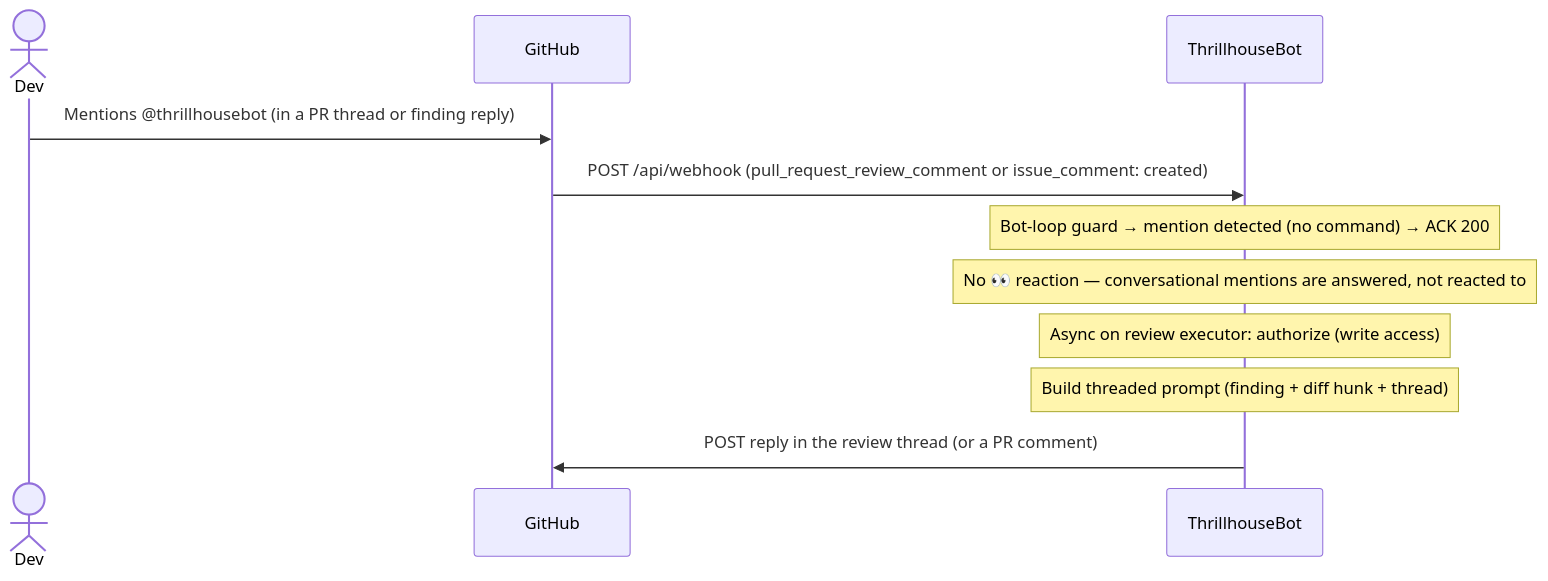
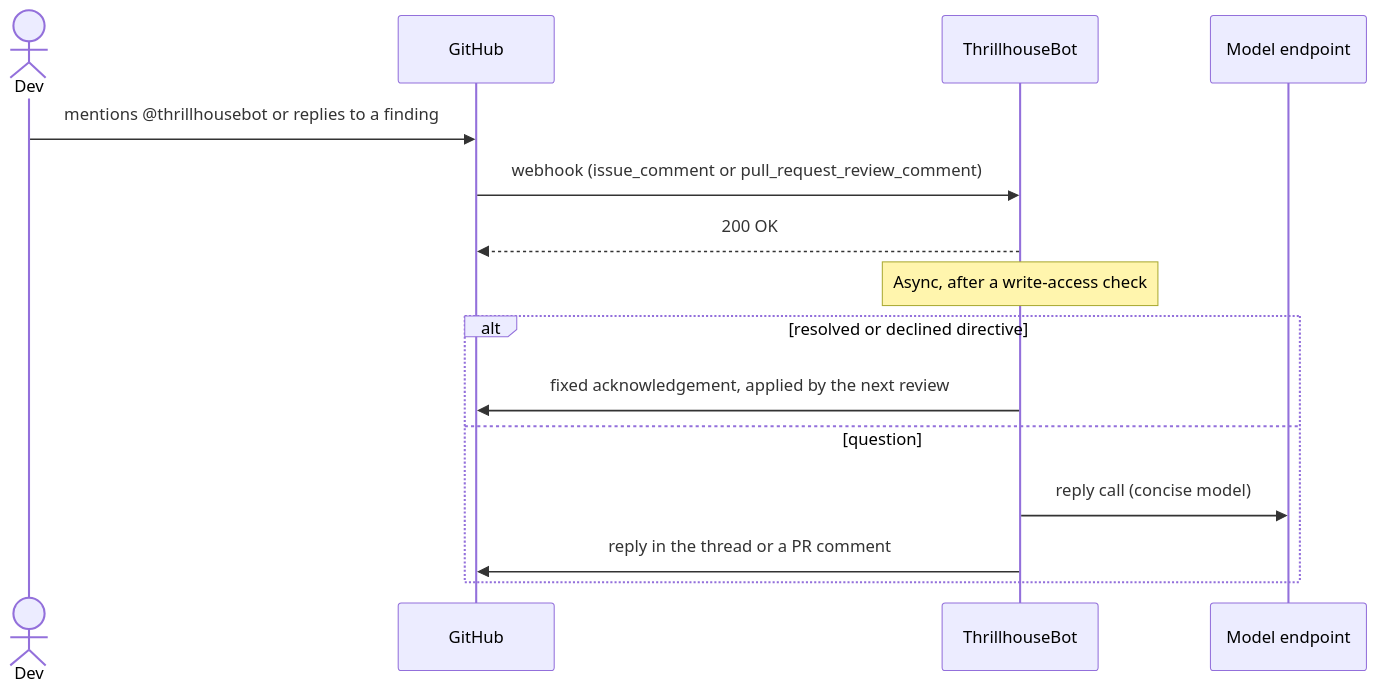
One commit to devops-thiago/ThrillhouseBot changed the fourth of 4 diagrams in docs/ARCHITECTURE.md. Above: the diagram before and after it, drawn with Mermaid. The commit also changed other lines of this file and 1 other file, not shown here.

First line of the commit message:
docs: update the architecture overview and AGENTS.md for 0.7.0 (#990)

````diff
--- a/docs/ARCHITECTURE.md
+++ b/docs/ARCHITECTURE.md
@@ -190,15 +489,18 @@
 ```mermaid
 sequenceDiagram
     actor Dev
     participant GH as GitHub
     participant TB as ThrillhouseBot
+    participant AI as Model endpoint
 
-    Dev->>GH: Mentions @thrillhousebot (in a PR thread or finding reply)
-    GH->>TB: POST /api/webhook (pull_request_review_comment or issue_comment: created)
-
-    Note over TB: Bot-loop guard → mention detected (no command) → ACK 200
-    Note over TB: No 👀 reaction — conversational mentions are answered, not reacted to
-    Note over TB: Async on review executor: authorize (write access)
-    Note over TB: Build threaded prompt (finding + diff hunk + thread)
-    TB->>GH: POST reply in the review thread (or a PR comment)
+    Dev->>GH: mentions @thrillhousebot or replies to a finding
+    GH->>TB: webhook (issue_comment or pull_request_review_comment)
+    TB-->>GH: 200 OK
+    Note over TB: Async, after a write-access check
+    alt resolved or declined directive
+        TB->>GH: fixed acknowledgement, applied by the next review
+    else question
+        TB->>AI: reply call (concise model)
+        TB->>GH: reply in the thread or a PR comment
+    end
 ```
````
